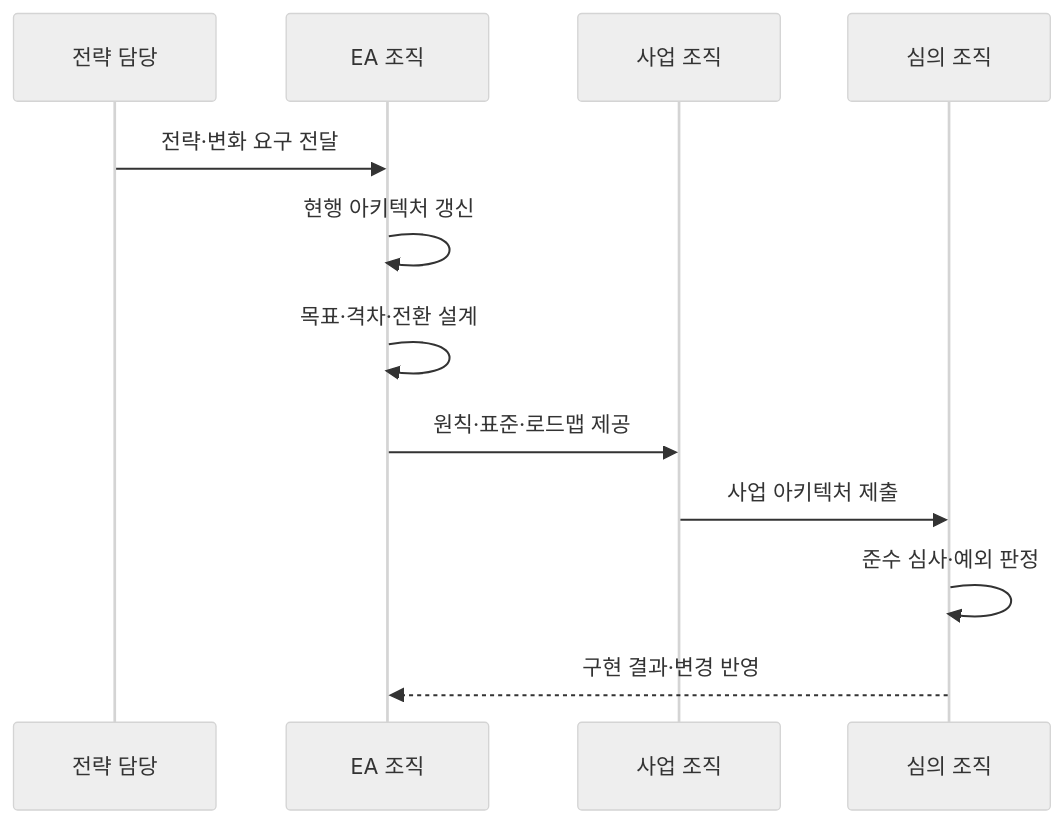
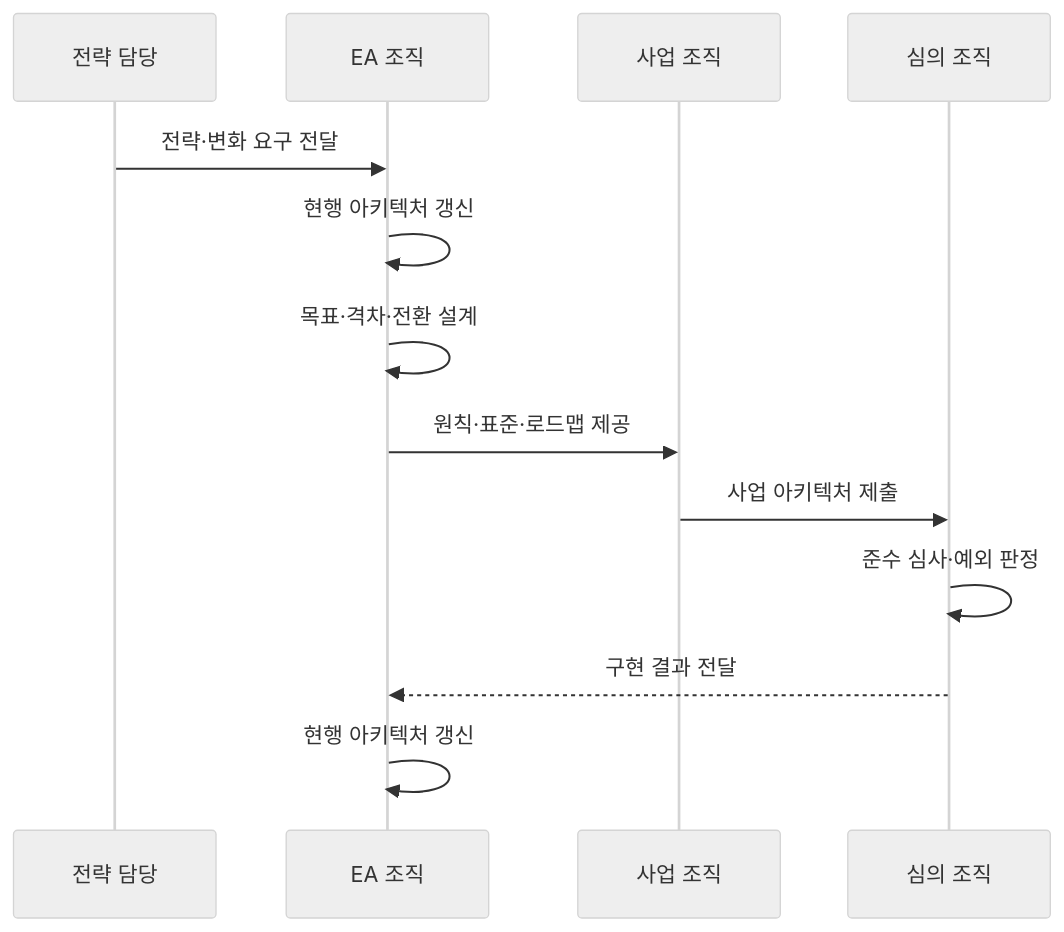
The second of 2 diagrams in src/content/docs/notes/03-software/189_enterprise_architecture.md (agnusdei1207/knowledge-base), drawn with Mermaid (neutral theme) before and after one commit. The commit also changed other lines of this file and 27 other files, not shown here.

````diff
--- a/src/content/docs/notes/03-software/189_enterprise_architecture.md
+++ b/src/content/docs/notes/03-software/189_enterprise_architecture.md
@@ -82,14 +82,15 @@
 ```mermaid
 sequenceDiagram
     participant S as 전략 담당
     participant A as EA 조직
     participant P as 사업 조직
     participant G as 심의 조직
     S->>A: 전략·변화 요구 전달
     A->>A: 현행 아키텍처 갱신
     A->>A: 목표·격차·전환 설계
     A->>P: 원칙·표준·로드맵 제공
     P->>G: 사업 아키텍처 제출
     G->>G: 준수 심사·예외 판정
-    G-->>A: 구현 결과·변경 반영
+    G-->>A: 구현 결과 전달
+    A->>A: 현행 아키텍처 갱신
 ```
````
